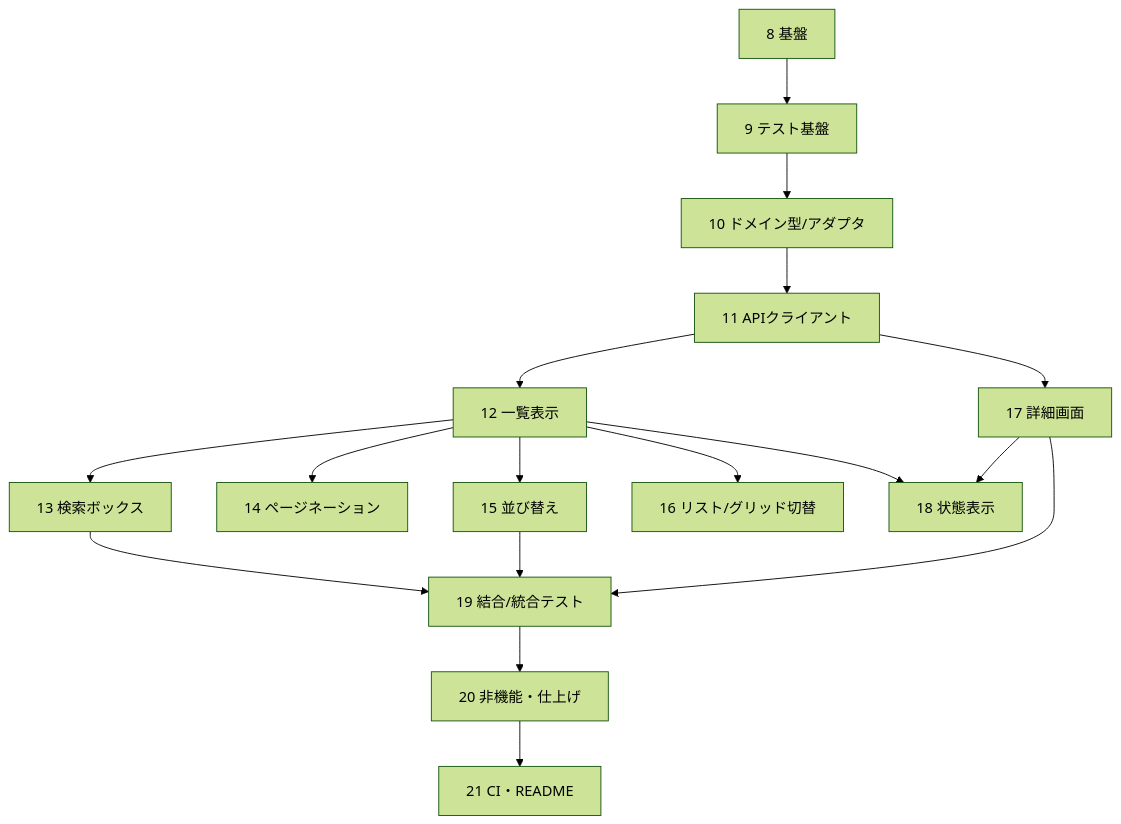
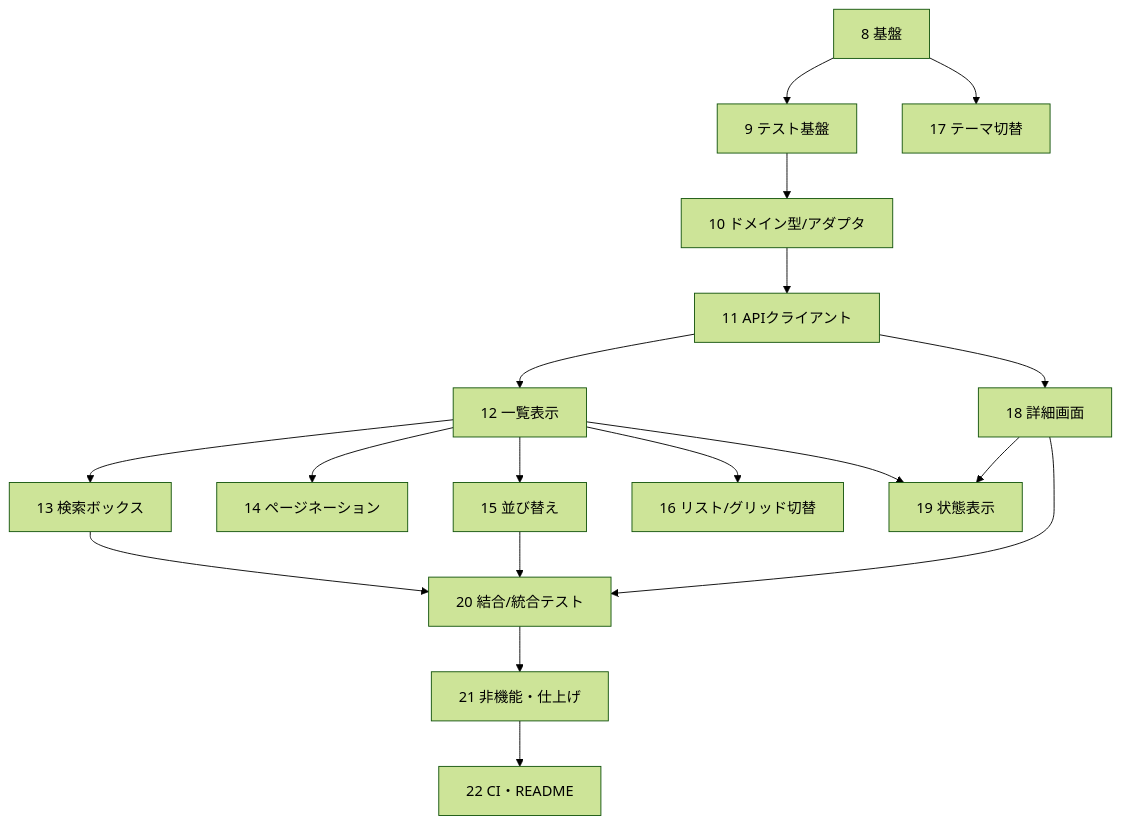
The diagram in docs/TASKS.md (KuwadaKouhei/github-searcher), drawn with Mermaid (forest theme) before and after one commit. The commit also changed other lines of this file and 4 other files, not shown here.

````diff
--- a/docs/TASKS.md
+++ b/docs/TASKS.md
@@ -136,19 +166,20 @@
 ```mermaid
 flowchart TD
     P["8 基盤"] --> T["9 テスト基盤"]
     T --> A["10 ドメイン型/アダプタ"]
     A --> C["11 APIクライアント"]
     C --> L["12 一覧表示"]
     L --> S["13 検索ボックス"]
     L --> PG["14 ページネーション"]
     L --> SO["15 並び替え"]
     L --> V["16 リスト/グリッド切替"]
-    C --> D["17 詳細画面"]
-    L --> ST["18 状態表示"]
+    P --> TH["17 テーマ切替"]
+    C --> D["18 詳細画面"]
+    L --> ST["19 状態表示"]
     D --> ST
-    S --> IT["19 結合/統合テスト"]
+    S --> IT["20 結合/統合テスト"]
     SO --> IT
     D --> IT
-    IT --> NF["20 非機能・仕上げ"]
-    NF --> CI["21 CI・README"]
+    IT --> NF["21 非機能・仕上げ"]
+    NF --> CI["22 CI・README"]
 ```
````
